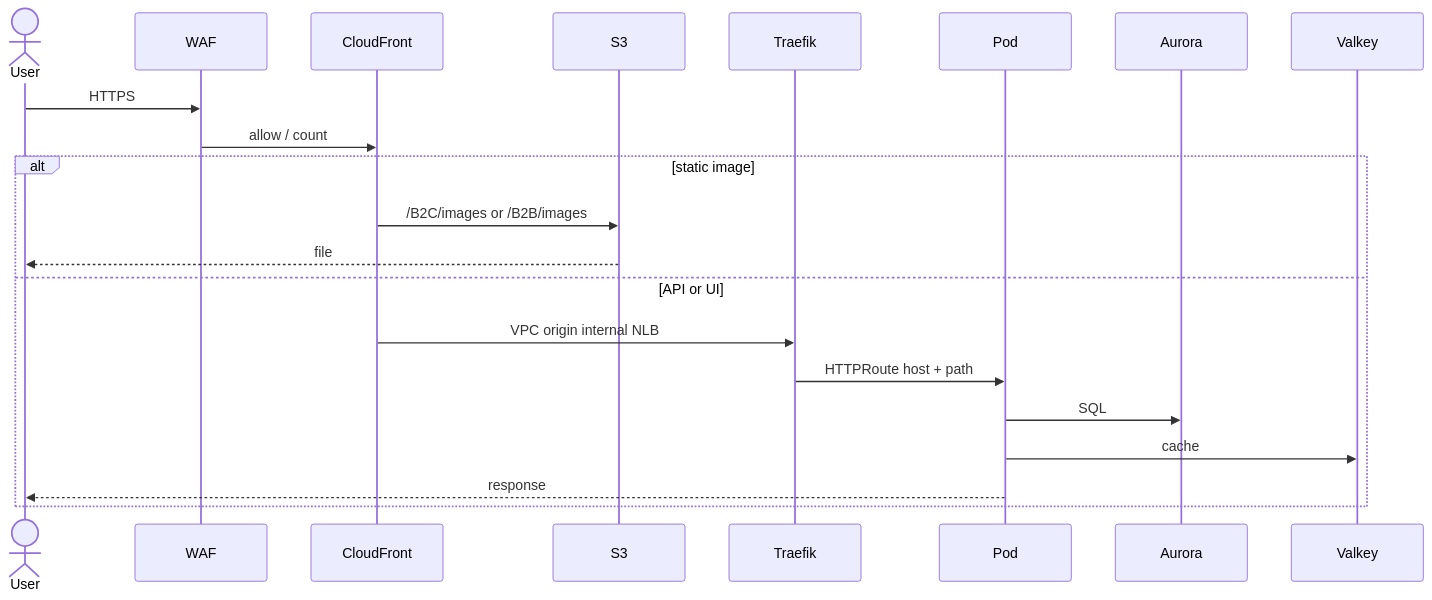
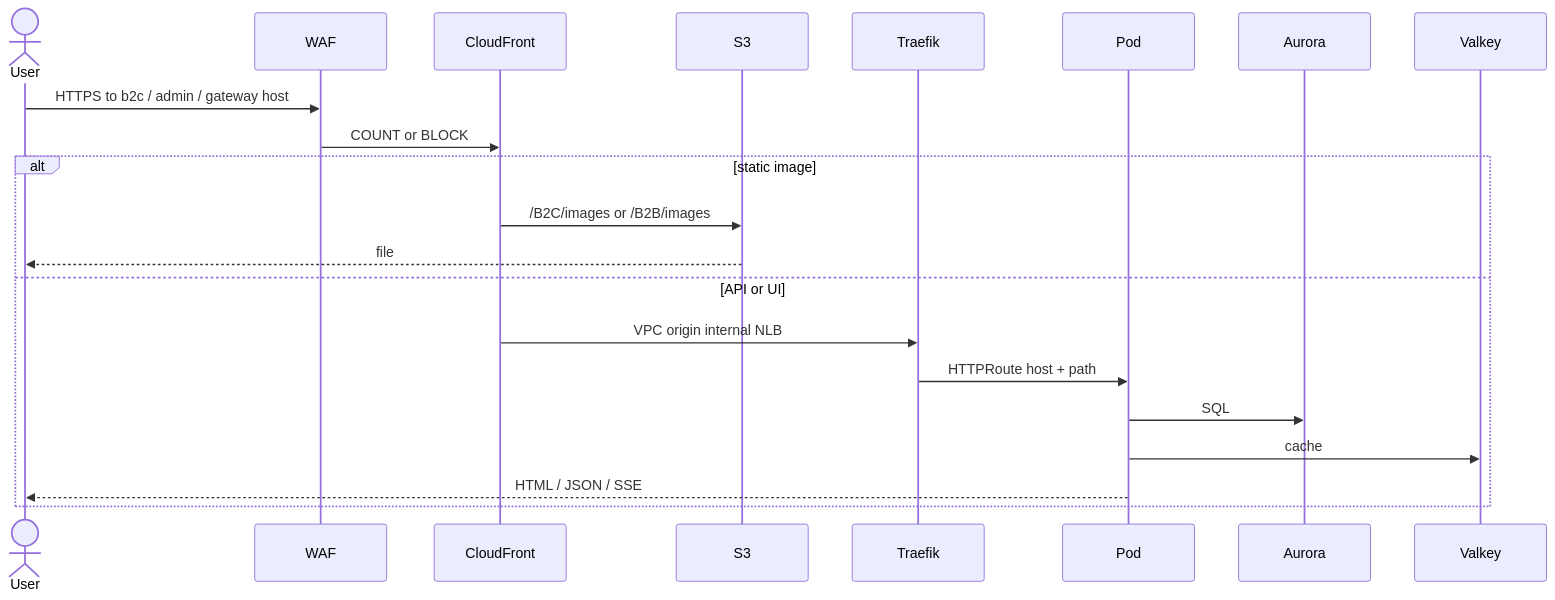
The second of 17 diagrams in docs/infra/diagrams.md (AyushKumar-RFE/falconx-architecture-docs), drawn with Mermaid before and after one commit. The commit also changed other lines of this file and 4 other files, not shown here.

First line of the commit message:
Explain the three core infra flows hop by hop on the visual map.

````diff
--- a/docs/infra/diagrams.md
+++ b/docs/infra/diagrams.md
@@ -59,24 +61,24 @@
 ```mermaid
 sequenceDiagram
   actor User
   participant WAF
   participant CloudFront
   participant S3
   participant Traefik
   participant Pod
   participant Aurora
   participant Valkey
 
-  User->>WAF: HTTPS
-  WAF->>CloudFront: allow / count
+  User->>WAF: HTTPS to b2c / admin / gateway host
+  WAF->>CloudFront: COUNT or BLOCK
   alt static image
     CloudFront->>S3: /B2C/images or /B2B/images
     S3-->>User: file
   else API or UI
     CloudFront->>Traefik: VPC origin internal NLB
     Traefik->>Pod: HTTPRoute host + path
     Pod->>Aurora: SQL
     Pod->>Valkey: cache
-    Pod-->>User: response
+    Pod-->>User: HTML / JSON / SSE
   end
 ```
````
